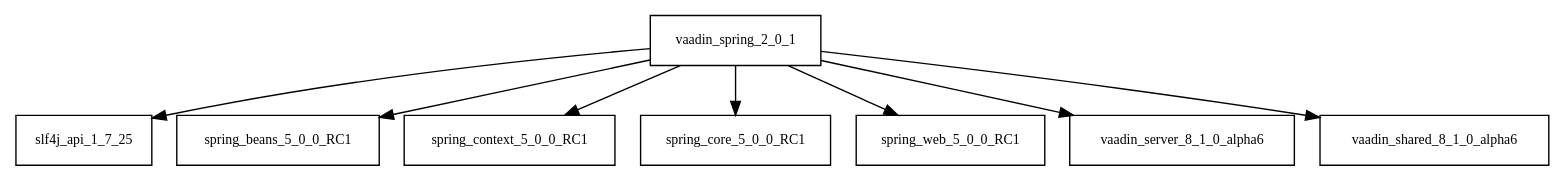
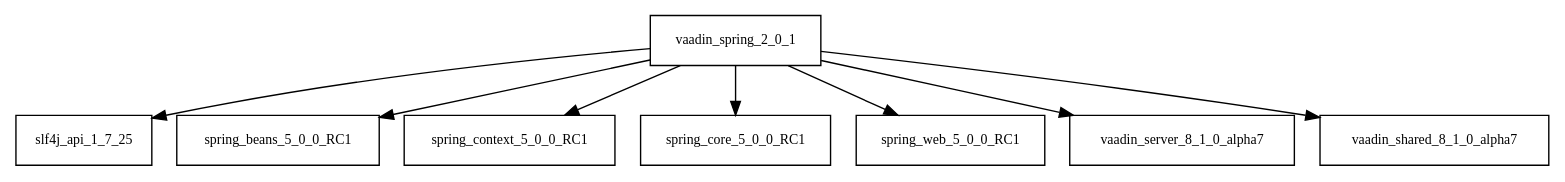
One commit to AglaianWoman/cia changed the diagram in tattleTaleReport/graphviz/vaadin-spring-2.0.1.jar/vaadin-spring-2.0.1.jar.dot. Above: the diagram before and after it, drawn with Graphviz. The commit also changed 1067 other files, not shown here.

```diff
--- a/tattleTaleReport/graphviz/vaadin-spring-2.0.1.jar/vaadin-spring-2.0.1.jar.dot
+++ b/tattleTaleReport/graphviz/vaadin-spring-2.0.1.jar/vaadin-spring-2.0.1.jar.dot
@@ -1,10 +1,10 @@
 digraph vaadin_spring_2_0_1_dependencies {
   node [shape = box, fontsize=10.0];
   vaadin_spring_2_0_1 -> slf4j_api_1_7_25;
   vaadin_spring_2_0_1 -> spring_beans_5_0_0_RC1;
   vaadin_spring_2_0_1 -> spring_context_5_0_0_RC1;
   vaadin_spring_2_0_1 -> spring_core_5_0_0_RC1;
   vaadin_spring_2_0_1 -> spring_web_5_0_0_RC1;
-  vaadin_spring_2_0_1 -> vaadin_server_8_1_0_alpha6;
-  vaadin_spring_2_0_1 -> vaadin_shared_8_1_0_alpha6;
+  vaadin_spring_2_0_1 -> vaadin_server_8_1_0_alpha7;
+  vaadin_spring_2_0_1 -> vaadin_shared_8_1_0_alpha7;
 }
```
